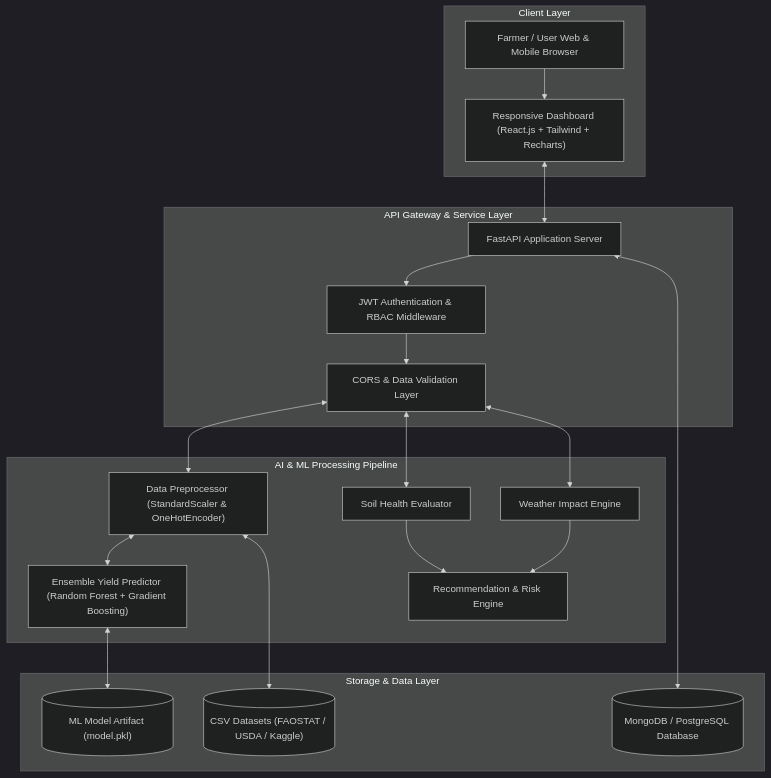
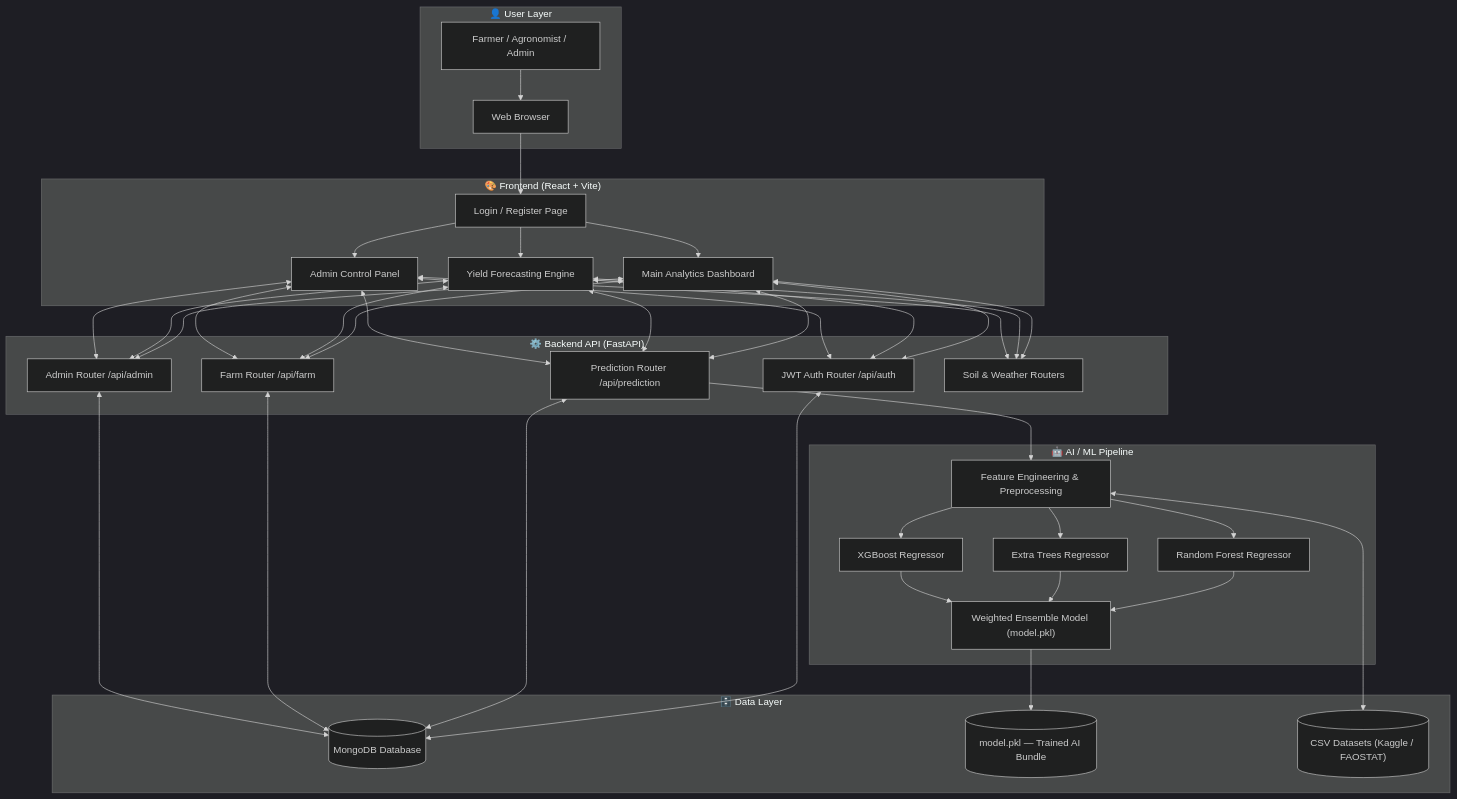
Before and after one commit to Yash191220/Yashraj_-Crop-Yield-Prediction-Agricultural-Productivity-Forecasting-System: the first of 5 diagrams in README.md, drawn with Mermaid (dark theme). The commit also changed other lines of this file and 19 other files, not shown here.

Commit message:
Refactor UI, update README with architecture diagrams, add crop recommendations, and clean project files

````diff
--- a/README.md
+++ b/README.md
@@ -26,40 +29,44 @@
 ```mermaid
 graph TD
-    subgraph Client Layer
-        A1["Farmer / User Web & Mobile Browser"]
-        A2["Responsive Dashboard (React.js + Tailwind + Recharts)"]
+    subgraph "👤 User Layer"
+        U1["Farmer / Agronomist / Admin"]
+        U2["Web Browser"]
     end
 
-    subgraph API Gateway & Service Layer
-        B1["FastAPI Application Server"]
-        B2["JWT Authentication & RBAC Middleware"]
-        B3["CORS & Data Validation Layer"]
+    subgraph "🎨 Frontend (React + Vite)"
+        F1["Login / Register Page"]
+        F2["Main Analytics Dashboard"]
+        F3["Yield Forecasting Engine"]
+        F4["Admin Control Panel"]
     end
 
-    subgraph AI & ML Processing Pipeline
-        C1["Data Preprocessor (StandardScaler & OneHotEncoder)"]
-        C2["Ensemble Yield Predictor (Random Forest + Gradient Boosting)"]
-        C3["Soil Health Evaluator"]
-        C4["Weather Impact Engine"]
-        C5["Recommendation & Risk Engine"]
+    subgraph "⚙️ Backend API (FastAPI)"
+        B1["JWT Auth Router /api/auth"]
+        B2["Prediction Router /api/prediction"]
+        B3["Farm Router /api/farm"]
+        B4["Admin Router /api/admin"]
+        B5["Soil & Weather Routers"]
     end
 
-    subgraph Storage & Data Layer
-        D1[("MongoDB / PostgreSQL Database")]
-        D2[("ML Model Artifact (model.pkl)")]
-        D3[("CSV Datasets (FAOSTAT / USDA / Kaggle)")]
+    subgraph "🤖 AI / ML Pipeline"
+        M1["Feature Engineering & Preprocessing"]
+        M2["Random Forest Regressor"]
+        M3["Extra Trees Regressor"]
+        M4["XGBoost Regressor"]
+        M5["Weighted Ensemble Model (model.pkl)"]
     end
 
-    A1 --> A2
-    A2 <--> B1
-    B1 --> B2
-    B2 --> B3
-    B3 <--> C1
-    C1 <--> C2
-    C2 <--> D2
-    B3 <--> C3
-    B3 <--> C4
-    C3 & C4 --> C5
-    B1 <--> D1
-    C1 <--> D3
+    subgraph "🗄️ Data Layer"
+        D1[("MongoDB Database")]
+        D2[("model.pkl — Trained AI Bundle")]
+        D3[("CSV Datasets (Kaggle / FAOSTAT)")]
+    end
+
+    U1 --> U2 --> F1
+    F1 --> F2 & F3 & F4
+    F2 & F3 & F4 <--> B1 & B2 & B3 & B4 & B5
+    B2 --> M1 --> M2 & M3 & M4 --> M5
+    M5 --> D2
+    B1 & B2 & B3 & B4 <--> D1
+    M1 <--> D3
 ```
````
